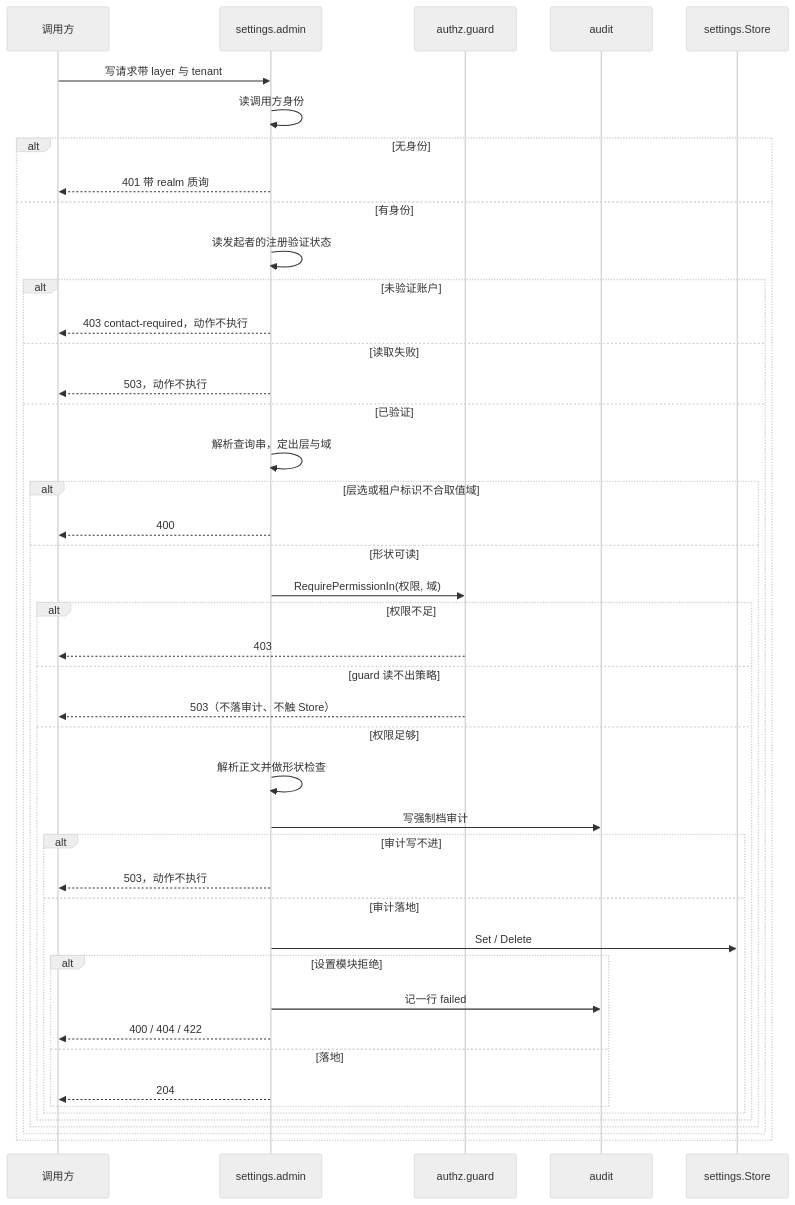
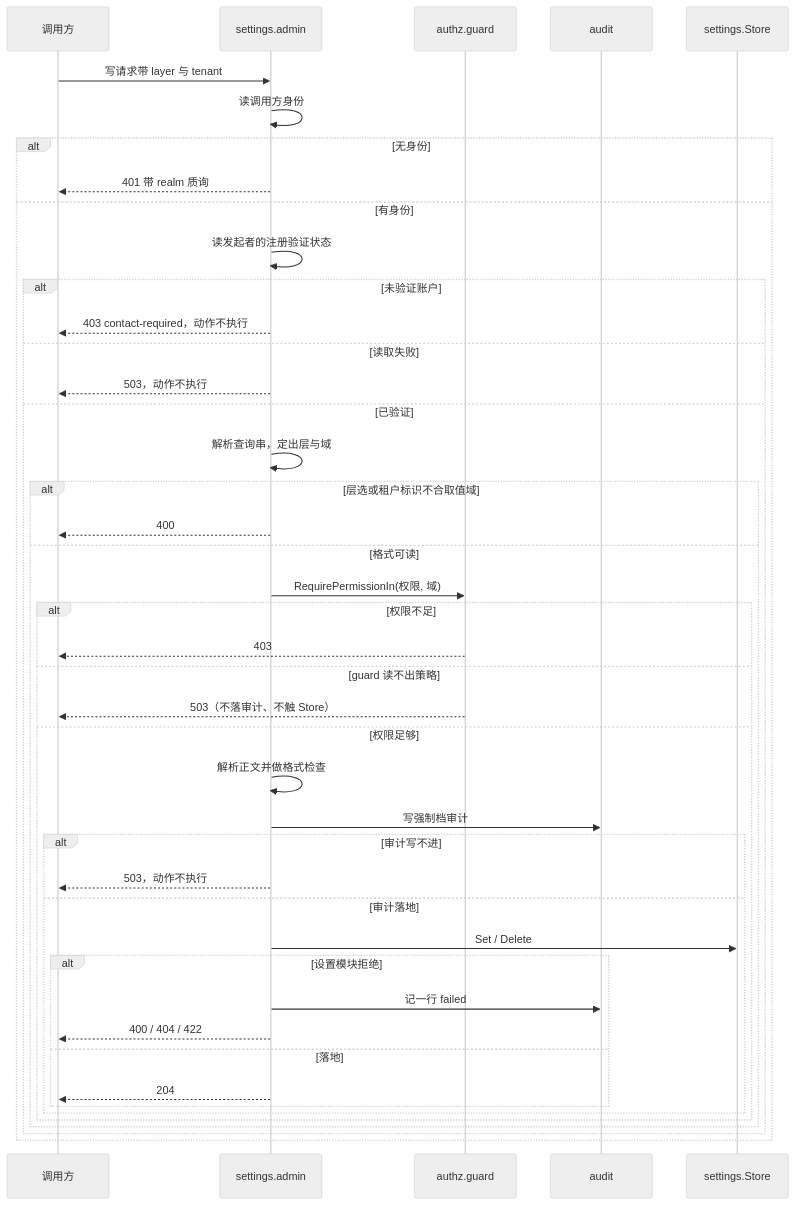
The diagram in docs/design/modules/settings/design-settings-admin.md (wangzw/speed), drawn with Mermaid (neutral theme) before and after one commit. The commit also changed other lines of this file and 328 other files, not shown here.

````diff
--- a/docs/design/modules/settings/design-settings-admin.md
+++ b/docs/design/modules/settings/design-settings-admin.md
@@ -120,46 +120,46 @@
 ```mermaid
 sequenceDiagram
     participant C as 调用方
     participant H as settings.admin
     participant G as authz.guard
     participant A as audit
     participant S as settings.Store
     C->>H: 写请求带 layer 与 tenant
     H->>H: 读调用方身份
     alt 无身份
         H-->>C: 401 带 realm 质询
     else 有身份
         H->>H: 读发起者的注册验证状态
         alt 未验证账户
             H-->>C: 403 contact-required，动作不执行
         else 读取失败
             H-->>C: 503，动作不执行
         else 已验证
             H->>H: 解析查询串，定出层与域
             alt 层选或租户标识不合取值域
                 H-->>C: 400
-            else 形状可读
+            else 格式可读
                 H->>G: RequirePermissionIn(权限, 域)
                 alt 权限不足
                     G-->>C: 403
                 else guard 读不出策略
                     G-->>C: 503（不落审计、不触 Store）
                 else 权限足够
-                    H->>H: 解析正文并做形状检查
+                    H->>H: 解析正文并做格式检查
                     H->>A: 写强制档审计
                     alt 审计写不进
                         H-->>C: 503，动作不执行
                     else 审计落地
                         H->>S: Set / Delete
                         alt 设置模块拒绝
                             H->>A: 记一行 failed
                             H-->>C: 400 / 404 / 422
                         else 落地
                             H-->>C: 204
                         end
                     end
                 end
             end
         end
     end
 ```
````
